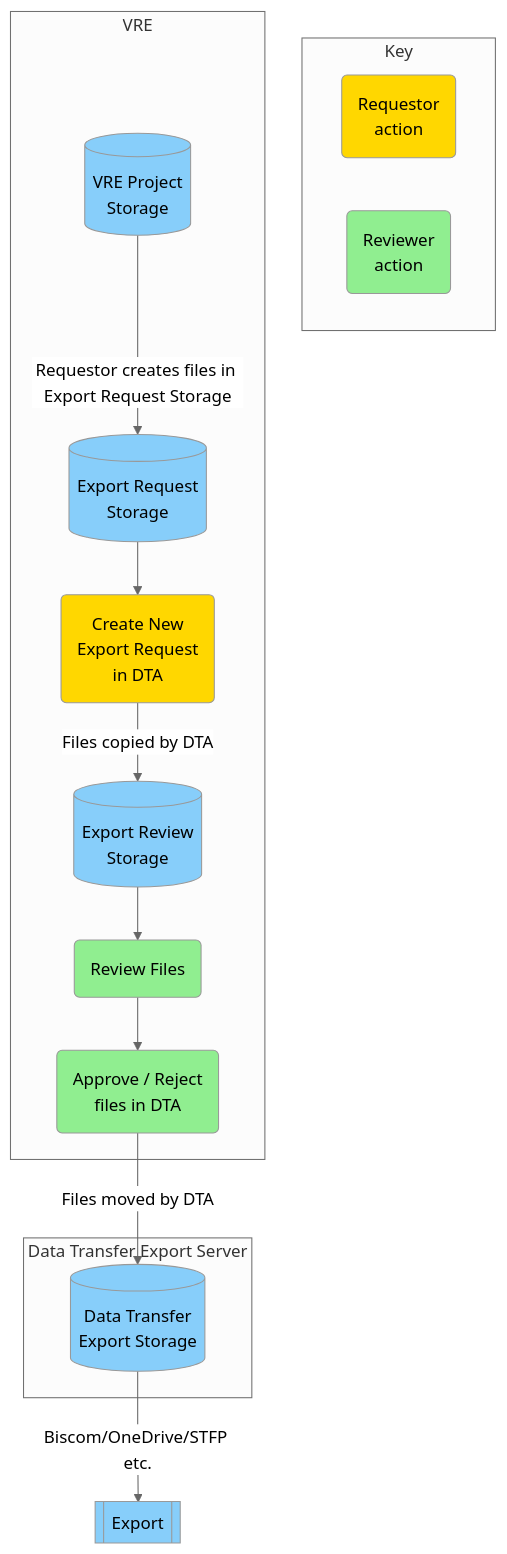
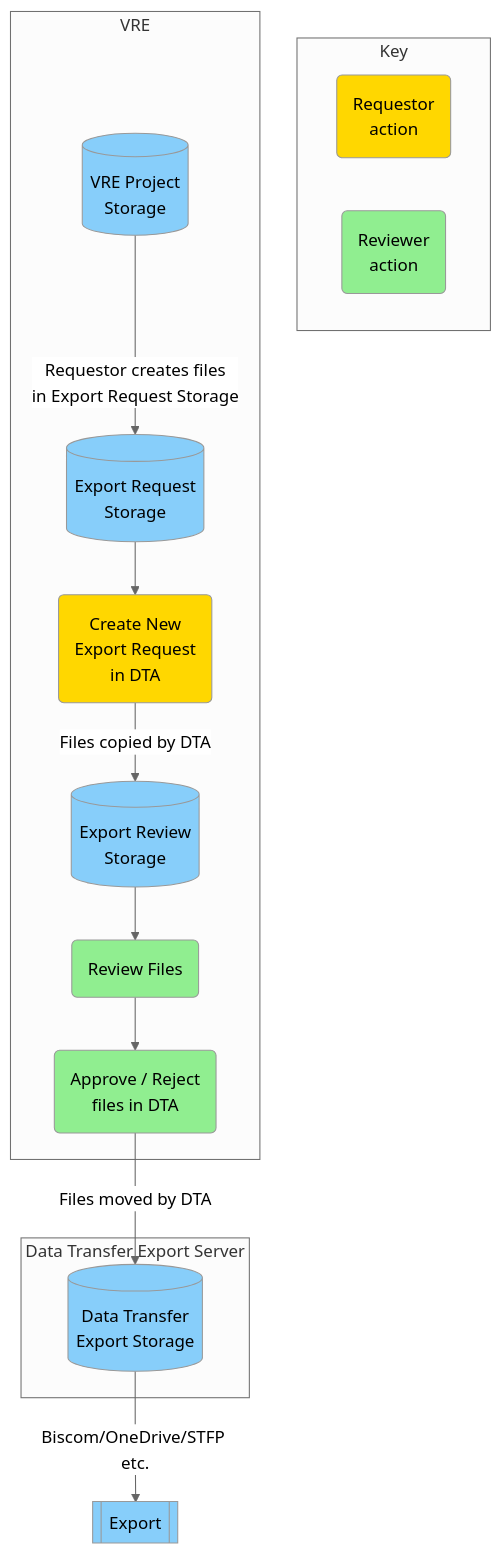
One commit to LIDA-Data-Analytics-Team/laserdocs_test changed the second of 2 diagrams in docs/laser_how_to/dta/process_flow.md. Above: the diagram before and after it, drawn with Mermaid (neutral theme).

Commit message:
line break

```diff
--- a/docs/laser_how_to/dta/process_flow.md
+++ b/docs/laser_how_to/dta/process_flow.md
@@ -56,34 +56,34 @@
 <div class="mermaid">
 flowchart TB;
 	subgraph Key;
         requestor(Requestor<br>action);
 	    reviewer(Reviewer<br>action);
 	end;
 	
     export_store --> |Biscom/OneDrive/STFP etc.| export[[Export]];
     approve_reject --> |Files moved by DTA| export_store;
 
     subgraph VRE;
         project_store[(VRE Project <br> Storage)];
-        project_store --> |Requestor creates files in Export Request Storage| export_request_store;
+        project_store --> |Requestor creates files <br>in Export Request Storage| export_request_store;
         export_request_store[(Export Request <br> Storage)] --> create_job(Create New <br> Export Request <br> in DTA);
         create_job --> |Files copied by DTA| export_review_store[(Export Review <br> Storage)];
         export_review_store --> review(Review Files);
         review --> approve_reject(Approve / Reject <br> files in DTA);
     end;
 
     subgraph DTES [Data Transfer Export Server];
         export_store[(Data Transfer <br> Export Storage)];
     end;
 	
     style requestor fill:Gold;
 	style reviewer fill:lightgreen;
     style export_store fill:LightSkyBlue;
     style export_review_store fill:LightSkyBlue;
     style export_request_store fill:LightSkyBlue;
     style project_store fill:LightSkyBlue;
     style export fill:LightSkyBlue;
     style create_job fill:gold;
     style review fill:lightgreen;
     style approve_reject fill:lightgreen;
 </div>
```
